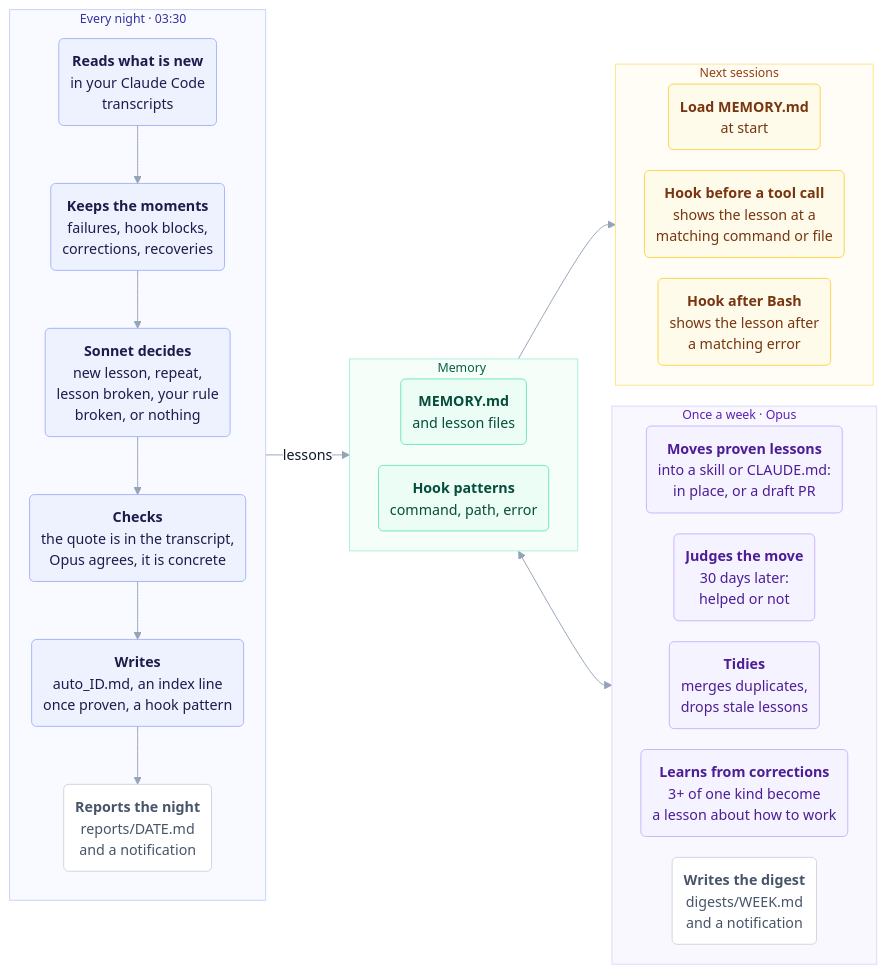
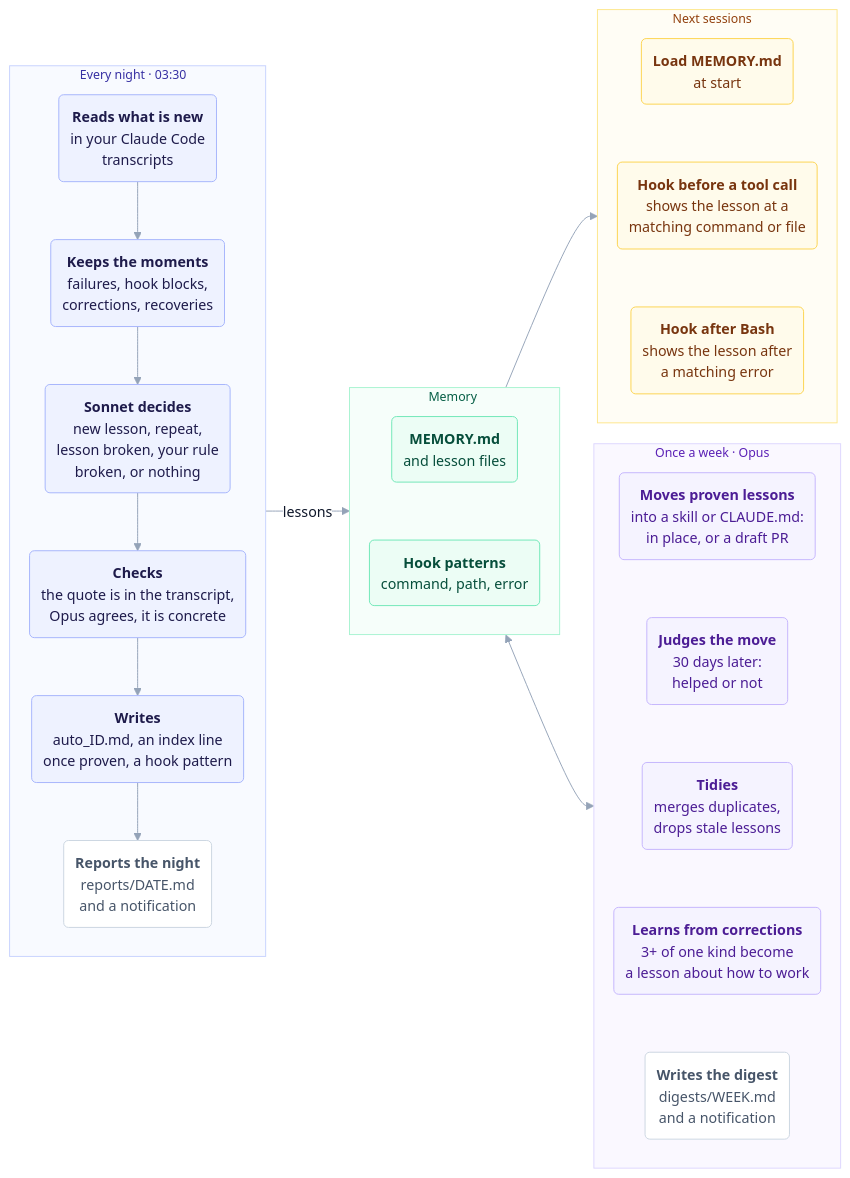
One commit to vladislavgorbunov-afk/agent-reflect changed the first of 3 diagrams in README.md. Above: the diagram before and after it, drawn with Mermaid.

Commit message:
docs: Keep each group's cards in order in the overview diagram
GitHub laid the cards of a group out as a grid in no fixed order, so the hook
after Bash came before the hook before a tool call and the move's verdict
before the move. Invisible links stack each group's cards top to bottom in the
order they happen.

````diff
--- a/README.md
+++ b/README.md
@@ -22,53 +22,56 @@
 ```mermaid
 %%{init: {"theme": "base", "themeVariables": {"fontFamily": "system-ui, -apple-system, Segoe UI, Helvetica, Arial, sans-serif", "fontSize": "15px", "lineColor": "#94a3b8", "primaryColor": "#f1f5f9", "primaryBorderColor": "#cbd5e1", "primaryTextColor": "#0f172a", "clusterBkg": "#f8fafc", "clusterBorder": "#e2e8f0", "edgeLabelBackground": "#ffffff"}, "flowchart": {"curve": "basis", "nodeSpacing": 22, "rankSpacing": 36, "wrappingWidth": 300, "padding": 12}}}%%
 flowchart LR
     subgraph N ["Every night · 03:30"]
         direction TB
         n1("<b>Reads what is new</b><br/>in your Claude Code<br/>transcripts"):::night
         n2("<b>Keeps the moments</b><br/>failures, hook blocks,<br/>corrections, recoveries"):::night
         n3("<b>Sonnet decides</b><br/>new lesson, repeat,<br/>lesson broken, your rule<br/>broken, or nothing"):::night
         n4("<b>Checks</b><br/>the quote is in the transcript,<br/>Opus agrees, it is concrete"):::night
         n5("<b>Writes</b><br/>auto_ID.md, an index line<br/>once proven, a hook pattern"):::night
         n6("<b>Reports the night</b><br/>reports/DATE.md<br/>and a notification"):::out
         n1 --> n2 --> n3 --> n4 --> n5 --> n6
     end
 
     subgraph M ["Memory"]
-        direction LR
+        direction TB
         m1("<b>MEMORY.md</b><br/>and lesson files"):::mem
         m2("<b>Hook patterns</b><br/>command, path, error"):::mem
+        m1 ~~~ m2
     end
 
     subgraph S ["Next sessions"]
-        direction LR
+        direction TB
         s1("<b>Load MEMORY.md</b><br/>at start"):::work
         s2("<b>Hook before a tool call</b><br/>shows the lesson at a<br/>matching command or file"):::work
         s3("<b>Hook after Bash</b><br/>shows the lesson after<br/>a matching error"):::work
+        s1 ~~~ s2 ~~~ s3
     end
 
     subgraph W ["Once a week · Opus"]
-        direction LR
+        direction TB
         w1("<b>Moves proven lessons</b><br/>into a skill or CLAUDE.md:<br/>in place, or a draft PR"):::week
         w2("<b>Judges the move</b><br/>30 days later:<br/>helped or not"):::week
         w3("<b>Tidies</b><br/>merges duplicates,<br/>drops stale lessons"):::week
         w4("<b>Learns from corrections</b><br/>3+ of one kind become<br/>a lesson about how to work"):::week
         w5("<b>Writes the digest</b><br/>digests/WEEK.md<br/>and a notification"):::out
+        w1 ~~~ w2 ~~~ w3 ~~~ w4 ~~~ w5
     end
 
     N -->|"lessons"| M
     M --> S
     M <--> W
 
     classDef night fill:#eef2ff,stroke:#a5b4fc,color:#1e1b4b,font-family:system-ui
     classDef mem fill:#ecfdf5,stroke:#6ee7b7,color:#064e3b,font-family:system-ui
     classDef work fill:#fffbeb,stroke:#fcd34d,color:#78350f,font-family:system-ui
     classDef week fill:#f5f3ff,stroke:#c4b5fd,color:#4c1d95,font-family:system-ui
     classDef user fill:#f1f5f9,stroke:#cbd5e1,color:#0f172a,font-family:system-ui
     classDef muted fill:#ffffff,stroke:#cbd5e1,stroke-dasharray:4 3,color:#64748b,font-family:system-ui
     classDef out fill:#ffffff,stroke:#cbd5e1,color:#475569,font-family:system-ui
     style N fill:#f8faff,stroke:#c7d2fe,color:#3730a3,font-family:system-ui,font-size:13px
     style M fill:#f6fefa,stroke:#a7f3d0,color:#065f46,font-family:system-ui,font-size:13px
     style S fill:#fffdf5,stroke:#fde68a,color:#92400e,font-family:system-ui,font-size:13px
     style W fill:#faf8ff,stroke:#ddd6fe,color:#5b21b6,font-family:system-ui,font-size:13px
     linkStyle default font-family:system-ui
 ```
````
